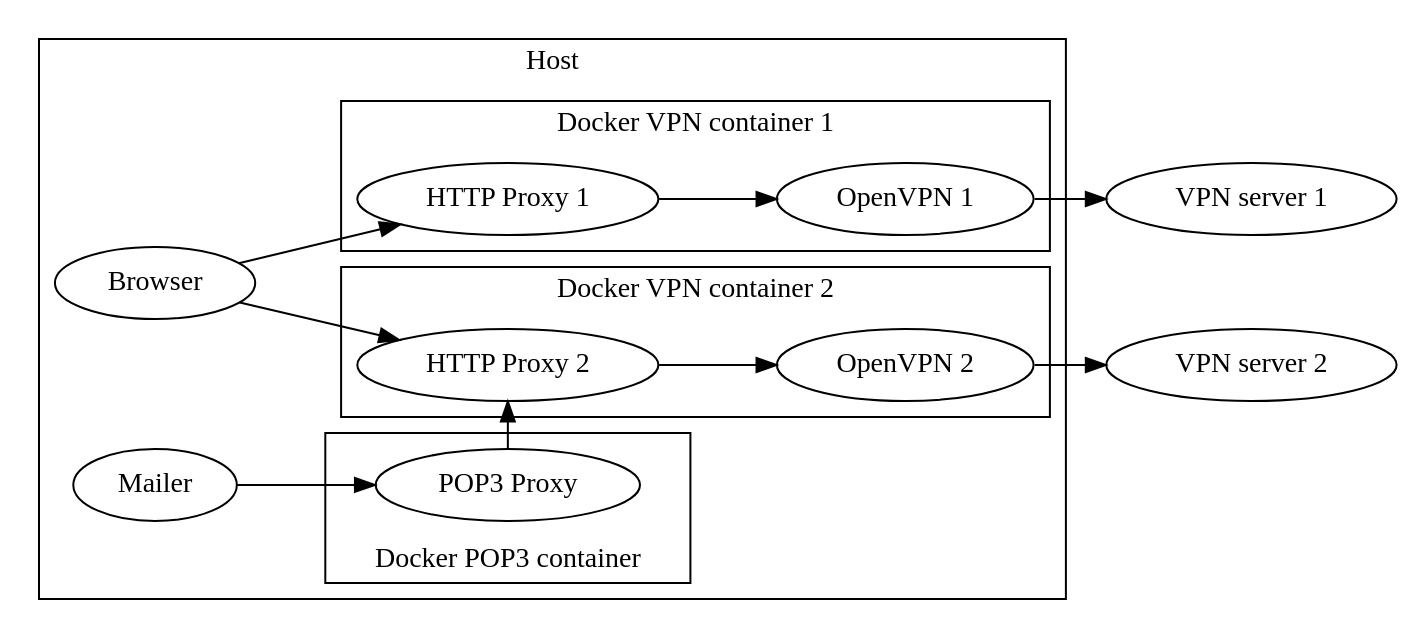
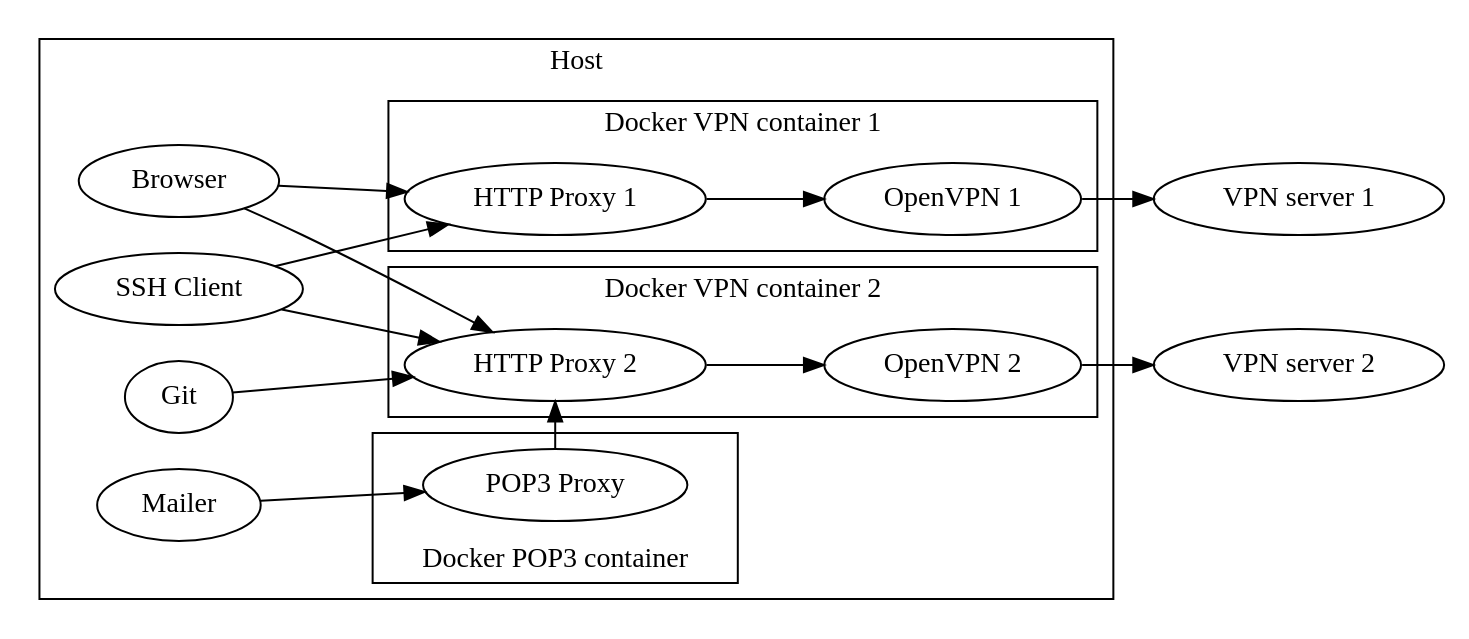
The diagram in doc/image/configuration_diagram.md (tksugimoto/docker-vpn-http-proxy), drawn with Graphviz before and after one commit. The commit also changed 1 other file, not shown here.

Commit message:
[Update] 構成図にSSH/Gitを追加
sshやgitもプロキシ経由で通信可能

````diff
--- a/doc/image/configuration_diagram.md
+++ b/doc/image/configuration_diagram.md
@@ -1,34 +1,37 @@
 ```graphviz
 digraph configuration_diagram {
     rankdir = LR
     "OpenVPN 1" -> "VPN server 1";
     "OpenVPN 2" -> "VPN server 2";
     subgraph cluster_host {
         rank_dir = same;
         label = "Host";
         Browser -> "HTTP Proxy 1";
         Browser -> "HTTP Proxy 2";
+        "SSH Client" -> "HTTP Proxy 1";
+        "SSH Client" -> "HTTP Proxy 2";
+        Git -> "HTTP Proxy 2";
         Mailer -> "POP3 Proxy";
         subgraph cluster_container_1 {
             label = "Docker VPN container 1";
             "HTTP Proxy 1" -> "OpenVPN 1";
         }
         subgraph cluster_container_2 {
             label = "Docker VPN container 2";
             "HTTP Proxy 2" -> "OpenVPN 2";
         }
         subgraph cluster_container_2_pop3 {
             label = "Docker POP3 container";
             labelloc = b;
             "POP3 Proxy" -> "HTTP Proxy 2";
         }
         newrank=true;
         {
             rank = same;
             "HTTP Proxy 1";
             "HTTP Proxy 2";
             "POP3 Proxy";
         }
     }
 }
 ```
````
